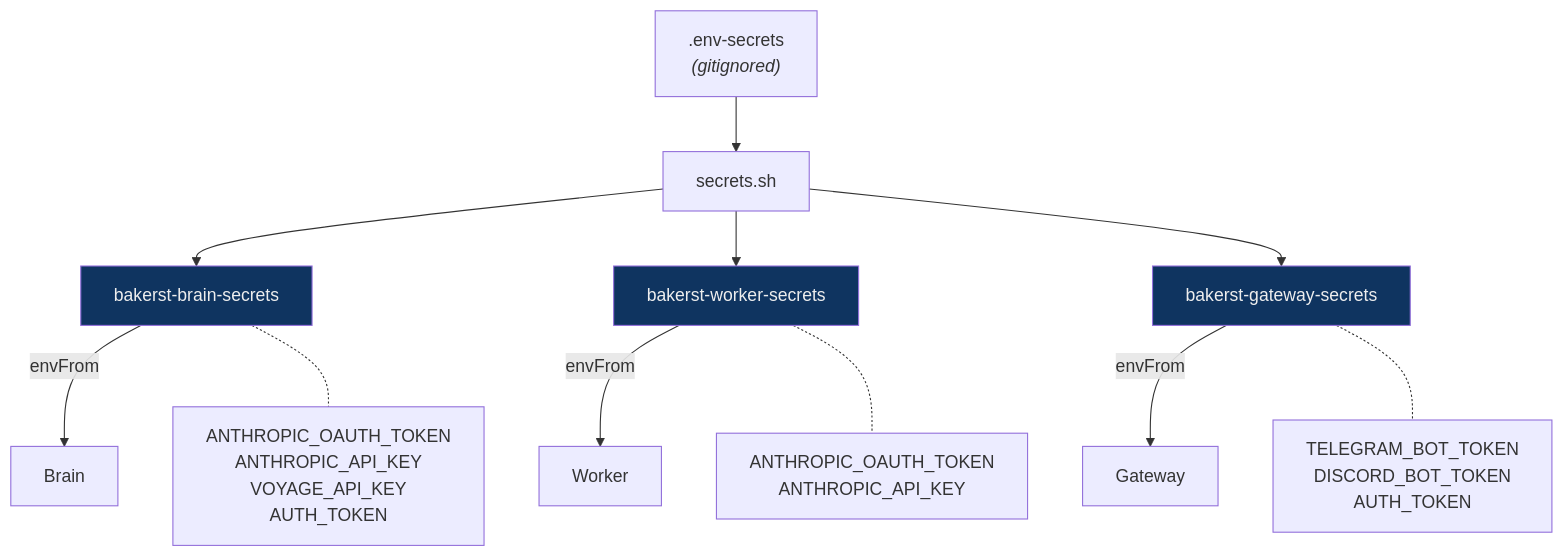
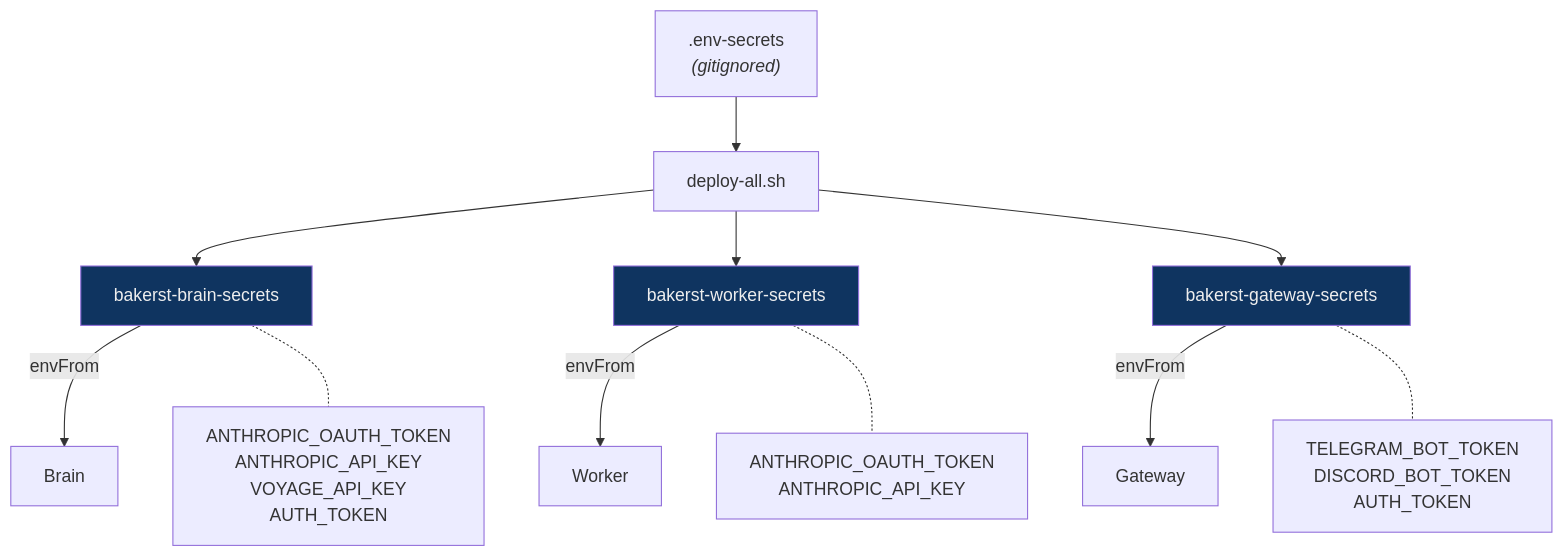
One commit to The-Baker-Street-Project/baker-street changed the third of 12 diagrams in docs/overview.md. Above: the diagram before and after it, drawn with Mermaid. The commit also changed other lines of this file and 84 other files, not shown here.

````diff
--- a/docs/overview.md
+++ b/docs/overview.md
@@ -194,22 +194,22 @@
 ```mermaid
 graph TB
-    ENV[".env-secrets<br/><i>(gitignored)</i>"] --> SEC["secrets.sh"]
+    ENV[".env-secrets<br/><i>(gitignored)</i>"] --> SEC["deploy-all.sh"]
 
     SEC --> BS["bakerst-brain-secrets"]
     SEC --> WS["bakerst-worker-secrets"]
     SEC --> GS["bakerst-gateway-secrets"]
 
     BS -->|"envFrom"| BRAIN["Brain"]
     WS -->|"envFrom"| WORKER["Worker"]
     GS -->|"envFrom"| GATEWAY["Gateway"]
 
     BS -.- BSL["ANTHROPIC_OAUTH_TOKEN<br/>ANTHROPIC_API_KEY<br/>VOYAGE_API_KEY<br/>AUTH_TOKEN"]
 
     WS -.- WSL["ANTHROPIC_OAUTH_TOKEN<br/>ANTHROPIC_API_KEY"]
 
     GS -.- GSL["TELEGRAM_BOT_TOKEN<br/>DISCORD_BOT_TOKEN<br/>AUTH_TOKEN"]
 
     style BS fill:#0f3460,color:#eee
     style WS fill:#0f3460,color:#eee
     style GS fill:#0f3460,color:#eee
 ```
````
